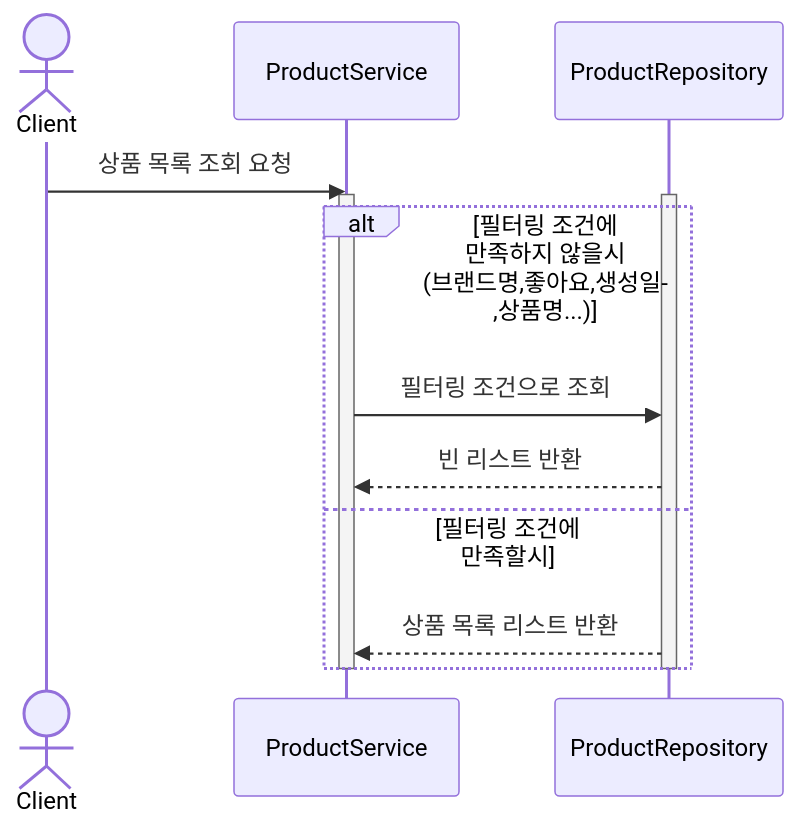
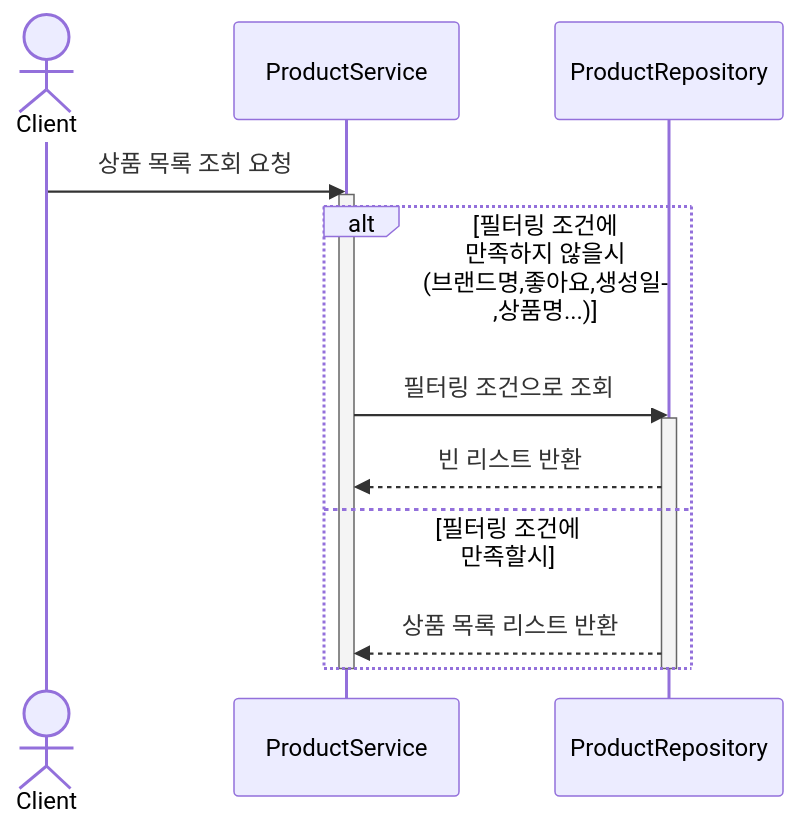
The second of 4 diagrams in apps/commerce-api/docs/desigin/02-sequence-diagrams.md (Roopers-Team-6/younghun), drawn with Mermaid before and after one commit. The commit also changed other lines of this file, not shown here.

Commit message:
doc: 시퀀스 다이어그램 - activate 수정

````diff
--- a/apps/commerce-api/docs/desigin/02-sequence-diagrams.md
+++ b/apps/commerce-api/docs/desigin/02-sequence-diagrams.md
@@ -38,19 +38,19 @@
 ```mermaid
 
 sequenceDiagram
    actor U as Client
    participant PS as ProductService
    participant PP as ProductRepository
 
    U ->> PS: 상품 목록 조회 요청
    activate PS
-   activate PP
    alt 필터링 조건에 만족하지 않을시 (브랜드명,좋아요,생성일,상품명...)
       PS ->> PP: 필터링 조건으로 조회
+   activate PP
       PP -->> PS: 빈 리스트 반환
    else 필터링 조건에 만족할시
       PP -->> PS: 상품 목록 리스트 반환
    end
-    deactivate PP
-    deactivate PS
+   deactivate PP
+   deactivate PS
 ```
````
